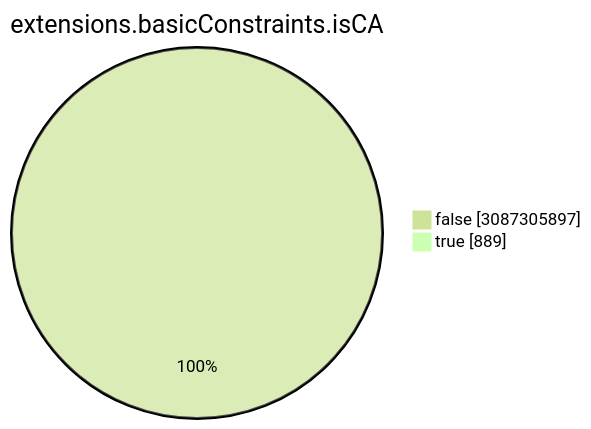
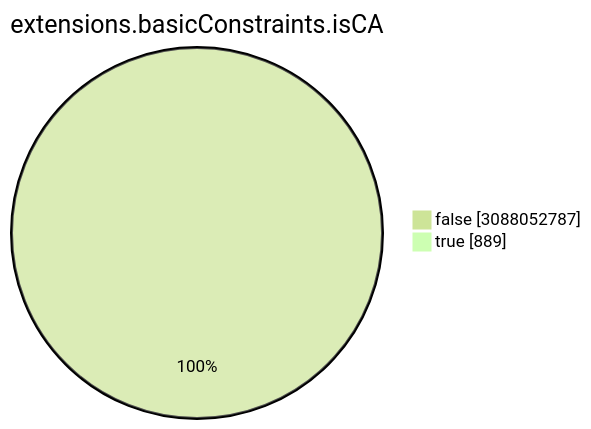
Before and after one commit to christiankrug/ctmonitor_visualization: the seventh of 15 diagrams in TOTAL/README.md, drawn with Mermaid (forest theme). The commit also changed other lines of this file, not shown here.

````diff
--- a/TOTAL/README.md
+++ b/TOTAL/README.md
@@ -3086,6 +3086,6 @@
 ```mermaid
 pie showData
 title extensions.basicConstraints.isCA
-"false" :3087305897
+"false" :3088052787
 "true" :889
 ```
````
